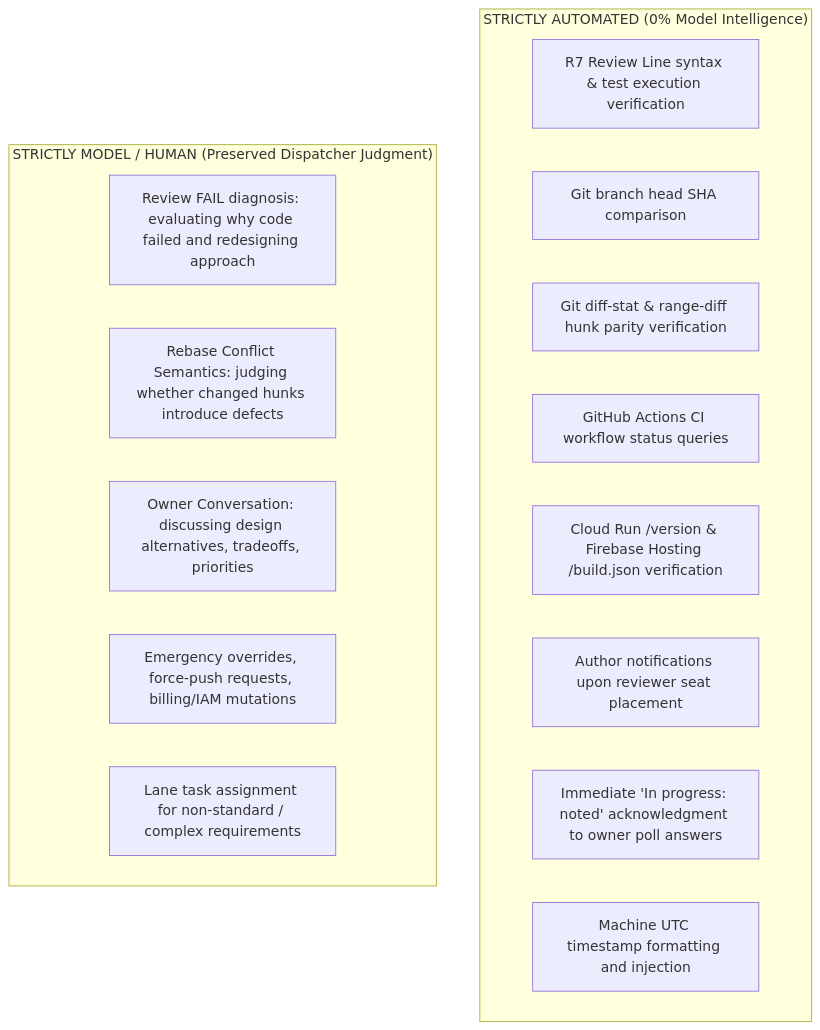
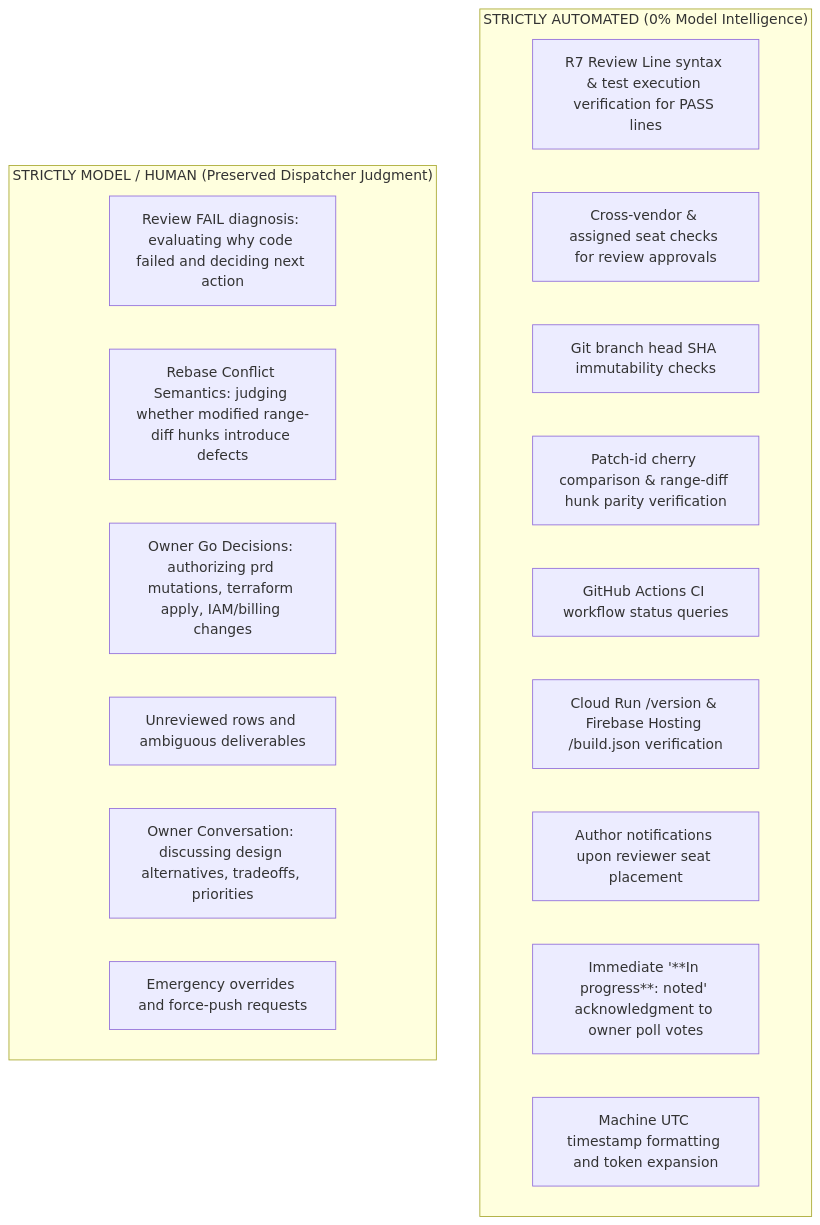
Before and after one commit to csitea/csi-spl: the fifth of 6 diagrams in csi-spl-doc/specs/157-dispatch-automation/spec.md, drawn with Mermaid. The commit also changed other lines of this file, not shown here.

````diff
--- a/csi-spl-doc/specs/157-dispatch-automation/spec.md
+++ b/csi-spl-doc/specs/157-dispatch-automation/spec.md
@@ -398,21 +481,23 @@
 ```mermaid
 flowchart TD
     subgraph FullyAutomated["STRICTLY AUTOMATED (0% Model Intelligence)"]
-        A1[R7 Review Line syntax & test execution verification]
-        A2[Git branch head SHA comparison]
-        A3[Git diff-stat & range-diff hunk parity verification]
-        A4[GitHub Actions CI workflow status queries]
-        A5[Cloud Run /version & Firebase Hosting /build.json verification]
-        A6[Author notifications upon reviewer seat placement]
-        A7[Immediate 'In progress: noted' acknowledgment to owner poll answers]
-        A8[Machine UTC timestamp formatting and injection]
+        A1[R7 Review Line syntax & test execution verification for PASS lines]
+        A2[Cross-vendor & assigned seat checks for review approvals]
+        A3[Git branch head SHA immutability checks]
+        A4[Patch-id cherry comparison & range-diff hunk parity verification]
+        A5[GitHub Actions CI workflow status queries]
+        A6[Cloud Run /version & Firebase Hosting /build.json verification]
+        A7[Author notifications upon reviewer seat placement]
+        A8[Immediate '**In progress**: noted' acknowledgment to owner poll votes]
+        A9[Machine UTC timestamp formatting and token expansion]
     end
 
     subgraph HumanModel["STRICTLY MODEL / HUMAN (Preserved Dispatcher Judgment)"]
-        H1[Review FAIL diagnosis: evaluating why code failed and redesigning approach]
-        H2[Rebase Conflict Semantics: judging whether changed hunks introduce defects]
-        H3[Owner Conversation: discussing design alternatives, tradeoffs, priorities]
-        H4[Emergency overrides, force-push requests, billing/IAM mutations]
-        H5[Lane task assignment for non-standard / complex requirements]
+        H1[Review FAIL diagnosis: evaluating why code failed and deciding next action]
+        H2[Rebase Conflict Semantics: judging whether modified range-diff hunks introduce defects]
+        H3[Owner Go Decisions: authorizing prd mutations, terraform apply, IAM/billing changes]
+        H4[Unreviewed rows and ambiguous deliverables]
+        H5[Owner Conversation: discussing design alternatives, tradeoffs, priorities]
+        H6[Emergency overrides and force-push requests]
     end
 ```
````
